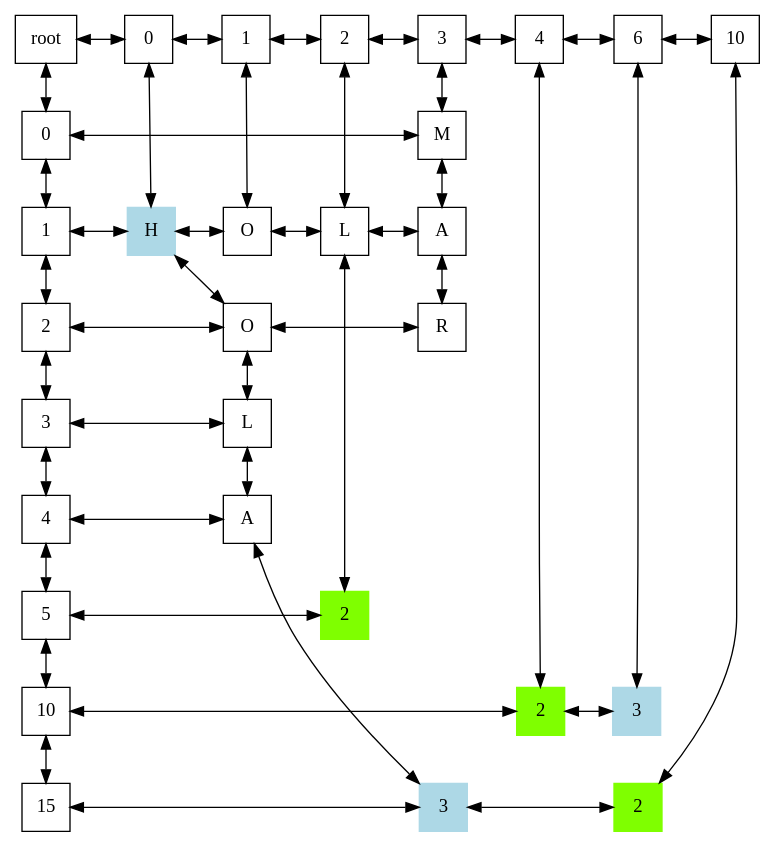
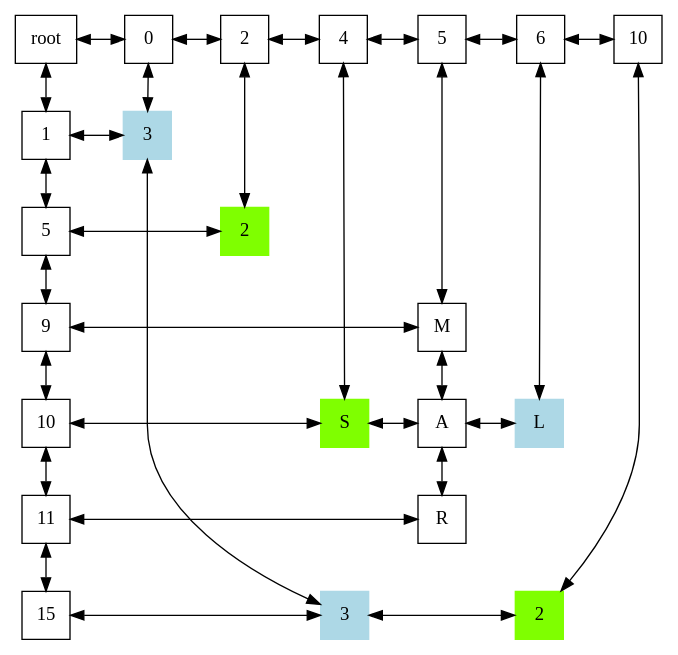
One commit to AhiezerRamirez/EDD_1S2020_PY1_201709062 changed the diagram in matriz.dot. Above: the diagram before and after it, drawn with Graphviz. The commit also changed 34 other files, not shown here.

```diff
--- a/matriz.dot
+++ b/matriz.dot
@@ -1,92 +1,69 @@
 digraph { 
  rankdir = TB; 
  node [shape=rectangle, height=0.5, width=0.5]; 
  graph[ nodesep = 0.5];
 CH0[label="0"];
-CH1[label="1"];
 CH2[label="2"];
-CH3[label="3"];
 CH4[label="4"];
+CH5[label="5"];
 CH6[label="6"];
 CH10[label="10"];
 
-CV0 [label="0"];
 CV1 [label="1"];
-CV2 [label="2"];
-CV3 [label="3"];
-CV4 [label="4"];
 CV5 [label="5"];
+CV9 [label="9"];
 CV10 [label="10"];
+CV11 [label="11"];
 CV15 [label="15"];
 
-nodo001[label="H" style=filled color=lightblue];
-nodo002[label="O"];
-nodo003[label="L"];
-nodo004[label="A"];
+nodo001[label="3" style=filled color=lightblue];
 nodo0015[label="3" style=filled color=lightblue];
-nodo101[label="O"];
-nodo201[label="L"];
 nodo205[label="2" style=filled color=chartreuse];
-nodo300[label="M"];
-nodo301[label="A"];
-nodo302[label="R"];
-nodo4010[label="2" style=filled color=chartreuse];
-nodo6010[label="3" style=filled color=lightblue];
+nodo4010[label="S" style=filled color=chartreuse];
+nodo509[label="M"];
+nodo5010[label="A"];
+nodo5011[label="R"];
+nodo6010[label="L" style=filled color=lightblue];
 nodo10015[label="2" style=filled color=chartreuse];
 
 root -> CH0[ dir=both];
-CH0 -> CH1[ dir=both];
-CH1 -> CH2[ dir=both];
-CH2 -> CH3[ dir=both];
-CH3 -> CH4[ dir=both];
-CH4 -> CH6[ dir=both];
+CH0 -> CH2[ dir=both];
+CH2 -> CH4[ dir=both];
+CH4 -> CH5[ dir=both];
+CH5 -> CH6[ dir=both];
 CH6 -> CH10[ dir=both];
-root -> CV0[ dir=both];
-CV0 -> CV1 [ dir=both];
-CV1 -> CV2 [ dir=both];
-CV2 -> CV3 [ dir=both];
-CV3 -> CV4 [ dir=both];
-CV4 -> CV5 [ dir=both];
-CV5 -> CV10 [ dir=both];
-CV10 -> CV15 [ dir=both];
+root -> CV1[ dir=both];
+CV1 -> CV5 [ dir=both];
+CV5 -> CV9 [ dir=both];
+CV9 -> CV10 [ dir=both];
+CV10 -> CV11 [ dir=both];
+CV11 -> CV15 [ dir=both];
 
 CH0 -> nodo001 [ dir=both];
-nodo001 -> nodo002 [ dir=both];
-nodo002 -> nodo003 [ dir=both];
-nodo003 -> nodo004 [ dir=both];
-nodo004 -> nodo0015 [ dir=both];
-CH1 -> nodo101 [ dir=both];
-CH2 -> nodo201 [ dir=both];
-nodo201 -> nodo205 [ dir=both];
-CH3 -> nodo300 [ dir=both];
-nodo300 -> nodo301 [ dir=both];
-nodo301 -> nodo302 [ dir=both];
+nodo001 -> nodo0015 [ dir=both];
+CH2 -> nodo205 [ dir=both];
 CH4 -> nodo4010 [ dir=both];
+CH5 -> nodo509 [ dir=both];
+nodo509 -> nodo5010 [ dir=both];
+nodo5010 -> nodo5011 [ dir=both];
 CH6 -> nodo6010 [ dir=both];
 CH10 -> nodo10015 [ dir=both];
 
-CV0 -> nodo300 [constraint=false, dir=both];
 CV1 -> nodo001 [constraint=false, dir=both];
-nodo001 -> nodo101 [ dir=both];
-nodo101 -> nodo201 [ dir=both];
-nodo201 -> nodo301 [ dir=both];
-CV2 -> nodo002 [constraint=false, dir=both];
-nodo002 -> nodo302 [ dir=both];
-CV3 -> nodo003 [constraint=false, dir=both];
-CV4 -> nodo004 [constraint=false, dir=both];
 CV5 -> nodo205 [constraint=false, dir=both];
+CV9 -> nodo509 [constraint=false, dir=both];
 CV10 -> nodo4010 [constraint=false, dir=both];
-nodo4010 -> nodo6010 [ dir=both];
+nodo4010 -> nodo5010 [ dir=both];
+nodo5010 -> nodo6010 [ dir=both];
+CV11 -> nodo5011 [constraint=false, dir=both];
 CV15 -> nodo0015 [constraint=false, dir=both];
 nodo0015 -> nodo10015 [ dir=both];
 
-{ rank=same;root;CH0 ;CH1 ;CH2 ;CH3 ;CH4 ;CH6 ;CH10 ;}
-{rank= same;CV0;nodo300;}
-{rank= same;CV1;nodo001;nodo101;nodo201;nodo301;}
-{rank= same;CV2;nodo002;nodo302;}
-{rank= same;CV3;nodo003;}
-{rank= same;CV4;nodo004;}
+{ rank=same;root;CH0 ;CH2 ;CH4 ;CH5 ;CH6 ;CH10 ;}
+{rank= same;CV1;nodo001;}
 {rank= same;CV5;nodo205;}
-{rank= same;CV10;nodo4010;nodo6010;}
+{rank= same;CV9;nodo509;}
+{rank= same;CV10;nodo4010;nodo5010;nodo6010;}
+{rank= same;CV11;nodo5011;}
 {rank= same;CV15;nodo0015;nodo10015;}
 }
```
